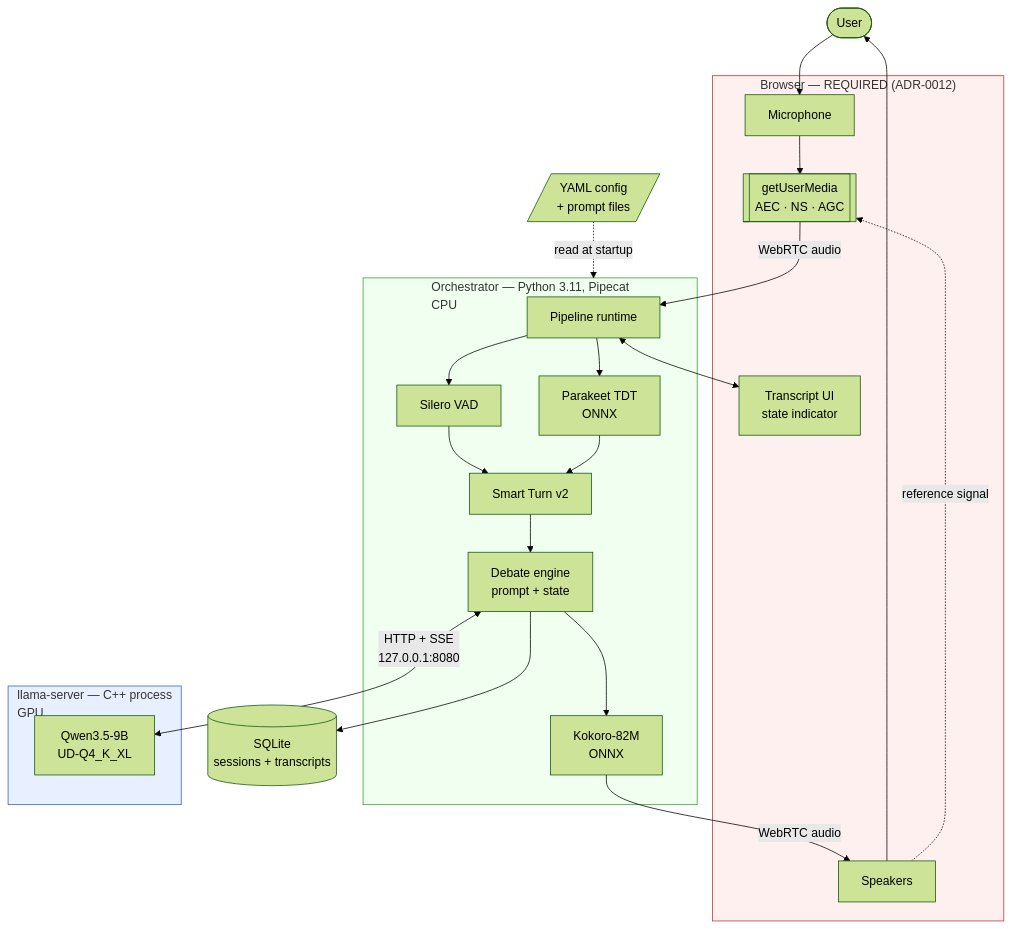
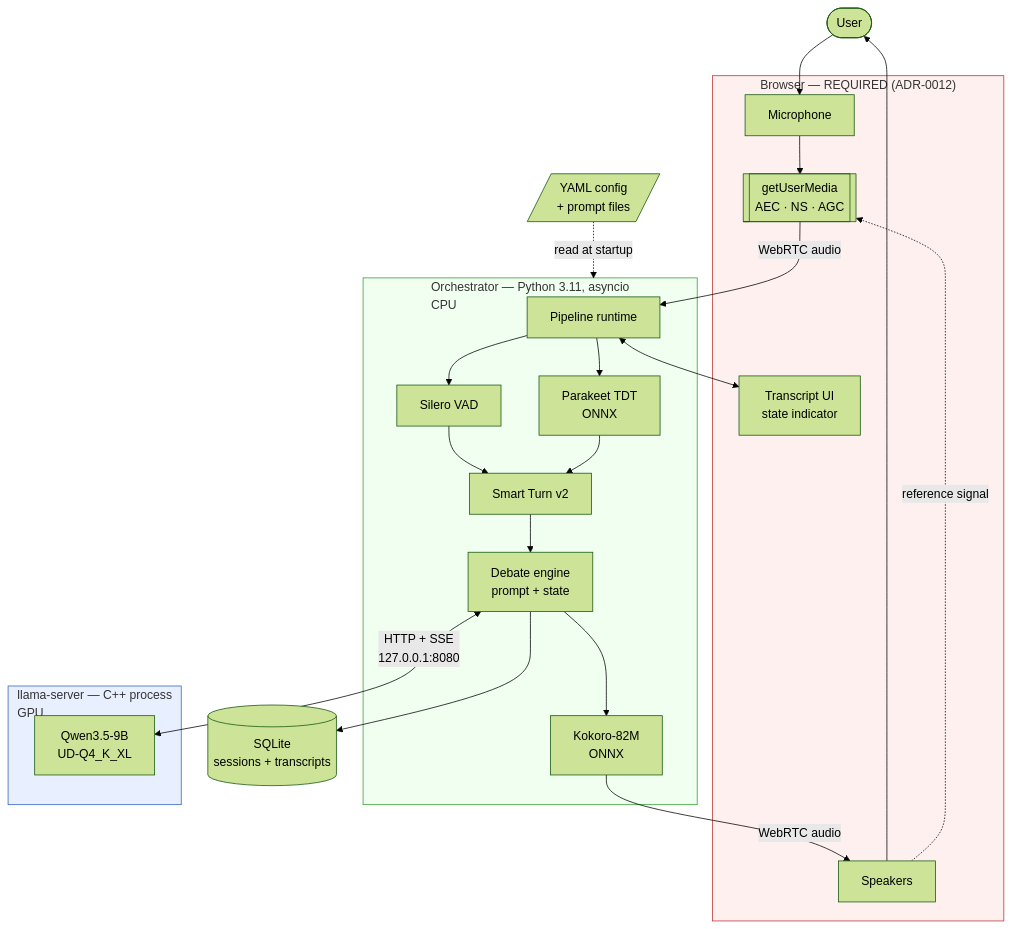
The second of 4 diagrams in docs/02-architecture/01-architecture-overview.md (fahamin5149/contra-debate-agent), drawn with Mermaid (forest theme) before and after one commit. The commit also changed other lines of this file and 16 other files, not shown here.

````diff
--- a/docs/02-architecture/01-architecture-overview.md
+++ b/docs/02-architecture/01-architecture-overview.md
@@ -45,43 +45,43 @@
 ```mermaid
 graph TB
     User([User])
 
     subgraph Client["Browser — REQUIRED (ADR-0012)"]
         Mic[Microphone]
         AEC[["getUserMedia<br/>AEC · NS · AGC"]]
         Spk[Speakers]
         UI[Transcript UI<br/>state indicator]
     end
 
-    subgraph Orch["Orchestrator — Python 3.11, Pipecat<br/>CPU"]
+    subgraph Orch["Orchestrator — Python 3.11, asyncio<br/>CPU"]
         Pipeline[Pipeline runtime]
         VAD[Silero VAD]
         Turn[Smart Turn v2]
         STT[Parakeet TDT<br/>ONNX]
         TTS[Kokoro-82M<br/>ONNX]
         Debate[Debate engine<br/>prompt + state]
     end
 
     subgraph LLMProc["llama-server — C++ process<br/>GPU"]
         Llama[Qwen3.5-9B<br/>UD-Q4_K_XL]
     end
 
     Store[(SQLite<br/>sessions + transcripts)]
     Cfg[/YAML config<br/>+ prompt files/]
 
     User --> Mic --> AEC -->|WebRTC audio| Pipeline
     Pipeline --> VAD & STT
     VAD --> Turn
     STT --> Turn
     Turn --> Debate
     Debate <-->|HTTP + SSE<br/>127.0.0.1:8080| Llama
     Debate --> TTS -->|WebRTC audio| Spk --> User
     Spk -.->|reference signal| AEC
     Pipeline <--> UI
     Debate --> Store
     Cfg -.->|read at startup| Orch
 
     style LLMProc fill:#e8f0ff,stroke:#3060c0
     style Orch fill:#f0fff0,stroke:#30a030
     style Client fill:#fff0f0,stroke:#c03030
 ```
````
